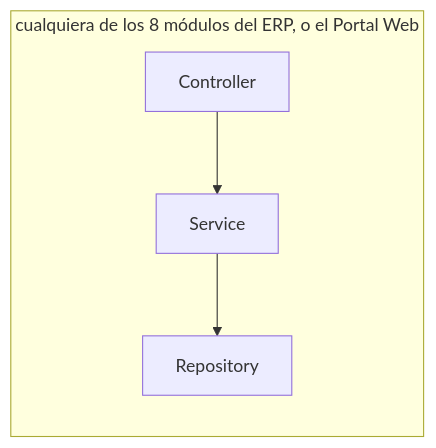
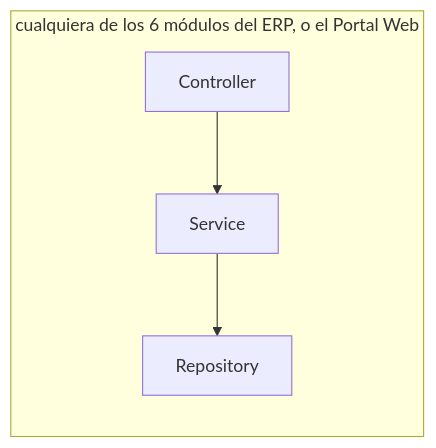
The fourth of 4 diagrams in docs/proyecto-sello/produccion.md (262dist/pagatu), drawn with Mermaid before and after one commit. The commit also changed other lines of this file and 1 other file, not shown here.

````diff
--- a/docs/proyecto-sello/produccion.md
+++ b/docs/proyecto-sello/produccion.md
@@ -191,7 +212,7 @@
 ```mermaid
 flowchart TB
-    subgraph MOD["cualquiera de los 8 módulos del ERP, o el Portal Web"]
+    subgraph MOD["cualquiera de los 6 módulos del ERP, o el Portal Web"]
         direction TB
         CTRL["Controller"] --> SERV["Service"] --> REPO["Repository"]
     end
 ```
````
